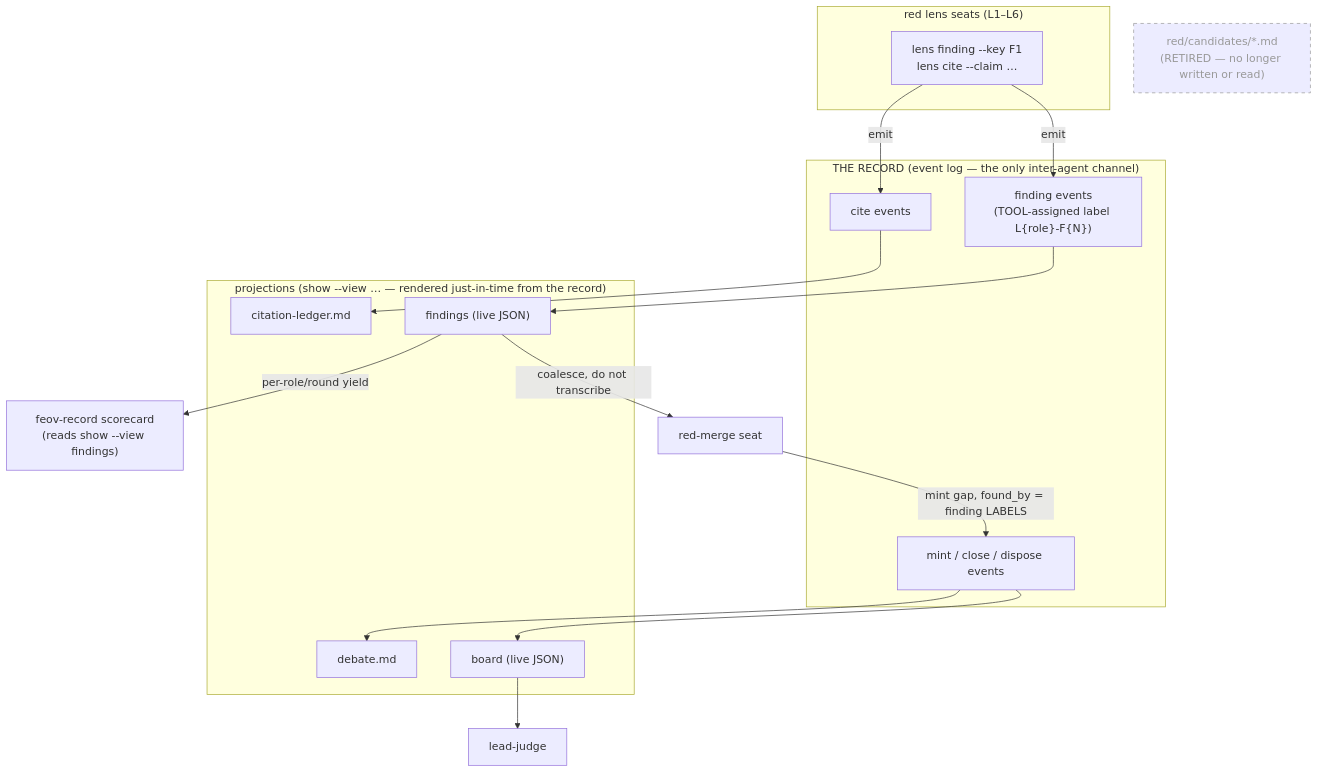
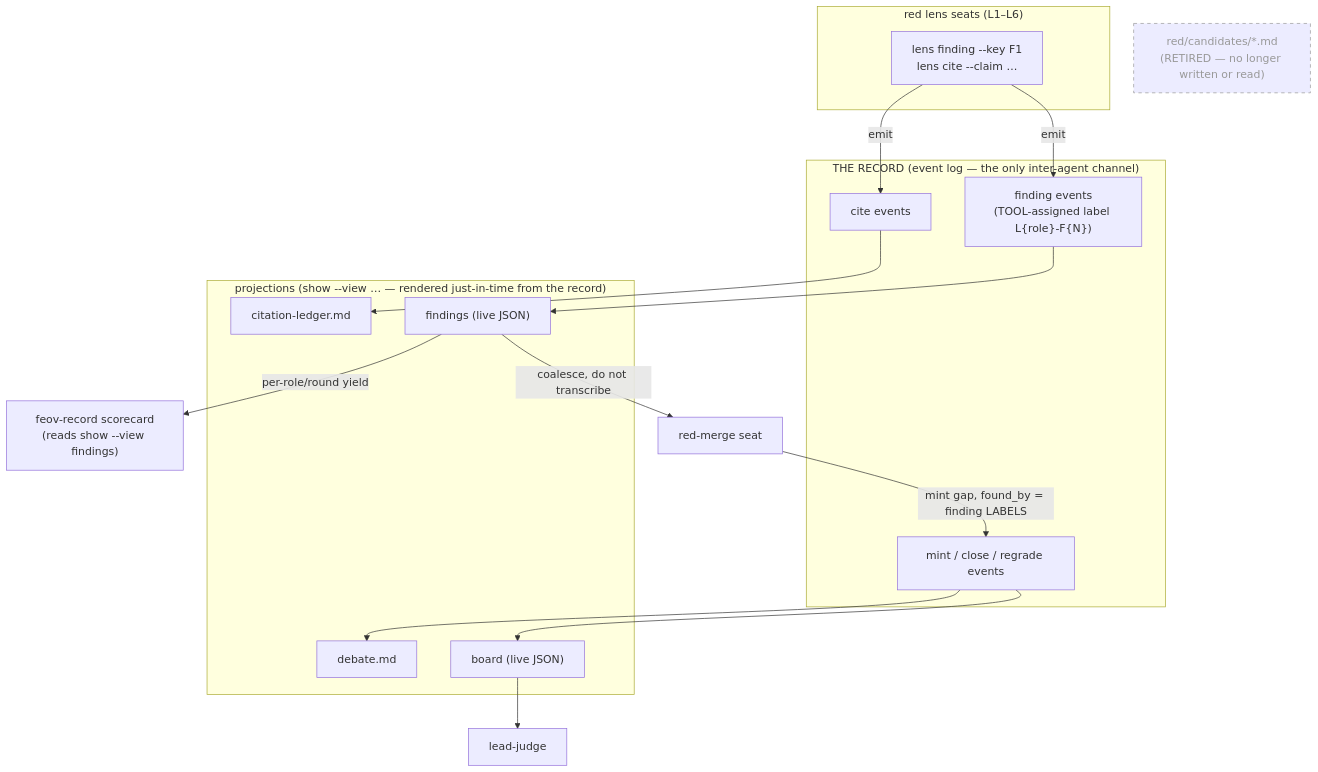
One commit to ctoforaday/special-circumstances changed the first of 2 diagrams in plugins/frank-exchange-of-views/docs/record-flow.md. Above: the diagram before and after it, drawn with Mermaid. The commit also changed 41 other files, not shown here.

````diff
--- a/plugins/frank-exchange-of-views/docs/record-flow.md
+++ b/plugins/frank-exchange-of-views/docs/record-flow.md
@@ -11,35 +11,35 @@
 ```mermaid
 flowchart TB
   subgraph lenses["red lens seats (L1–L6)"]
     L["lens finding --key F1<br/>lens cite --claim …"]
   end
   subgraph record["THE RECORD (event log — the only inter-agent channel)"]
     FE["finding events<br/>(TOOL-assigned label L{role}-F{N})"]
     CE["cite events"]
-    ME["mint / close / dispose events"]
+    ME["mint / close / regrade events"]
   end
   subgraph views["projections (show --view … — rendered just-in-time from the record)"]
     FV["findings (live JSON)"]
     CL["citation-ledger.md"]
     BD["board (live JSON)"]
     DBT["debate.md"]
   end
   merge["red-merge seat"]
   score["feov-record scorecard<br/>(reads show --view findings)"]
   bench["lead-judge"]
 
   L -->|emit| FE
   L -->|emit| CE
   FE --> FV
   CE --> CL
   ME --> BD
   FV -->|coalesce, do not transcribe| merge
   merge -->|mint gap, found_by = finding LABELS| ME
   FV -->|per-role/round yield| score
   BD --> bench
   ME --> DBT
 
   X["red/candidates/*.md<br/>(RETIRED — no longer written or read)"]
   class X retired
   classDef retired stroke-dasharray:5 5,color:#999,stroke:#999
 ```
````
